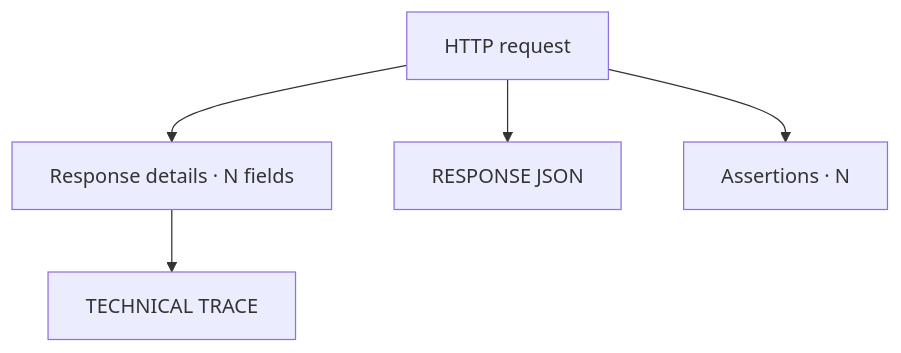
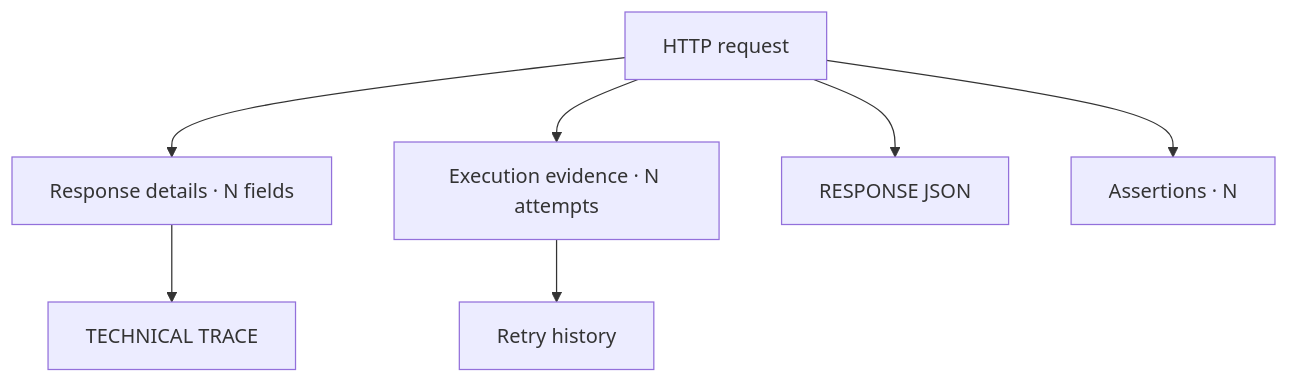
Before and after one commit to crististefanita/demo2: the second of 2 diagrams in docs/ATF_Reporting_Contract.md, drawn with Mermaid. The commit also changed other lines of this file and 38 other files, not shown here.

````diff
--- a/docs/ATF_Reporting_Contract.md
+++ b/docs/ATF_Reporting_Contract.md
@@ -71,7 +76,9 @@
 ```mermaid
 flowchart TD
     Request[HTTP request] --> Details[Response details · N fields]
     Details --> Trace[TECHNICAL TRACE]
+    Request --> Execution[Execution evidence · N attempts]
+    Execution --> Retry[Retry history]
     Request --> Response[RESPONSE JSON]
     Request --> Assertions[Assertions · N]
 ```
````
